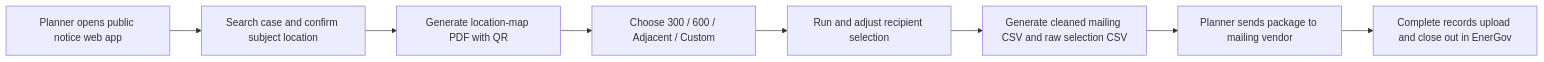
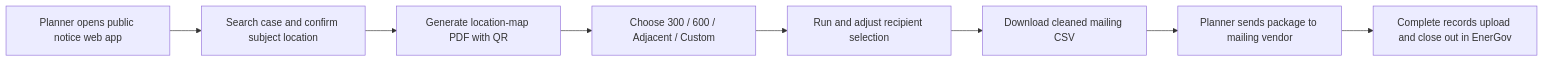
One commit to mrChrist0pher/public-notice-tool changed the third of 3 diagrams in docs/process-maps.md. Above: the diagram before and after it, drawn with Mermaid. The commit also changed 4 other files, not shown here.

````diff
--- a/docs/process-maps.md
+++ b/docs/process-maps.md
@@ -44,10 +44,10 @@
 ```mermaid
 flowchart LR
   W[Planner opens public notice web app] --> Q[Search case and confirm subject location]
   Q --> VM[Generate location-map PDF with QR]
   VM --> B[Choose 300 / 600 / Adjacent / Custom]
   B --> S[Run and adjust recipient selection]
-  S --> ML[Generate cleaned mailing CSV and raw selection CSV]
+  S --> ML[Download cleaned mailing CSV]
   ML --> V[Planner sends package to mailing vendor]
   V --> E[Complete records upload and close out in EnerGov]
 ```
````
